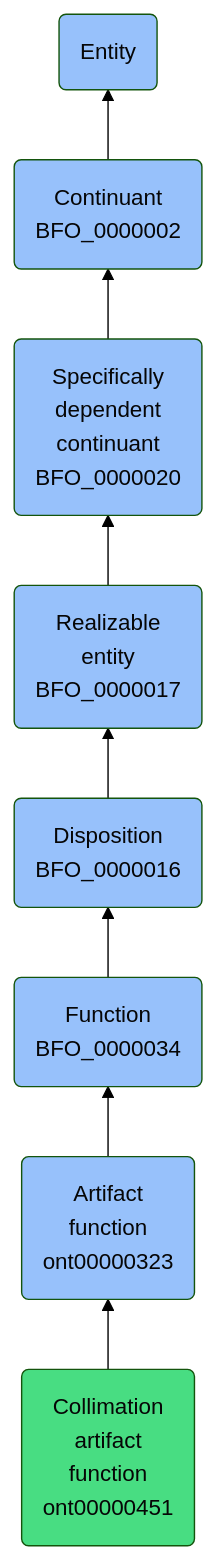
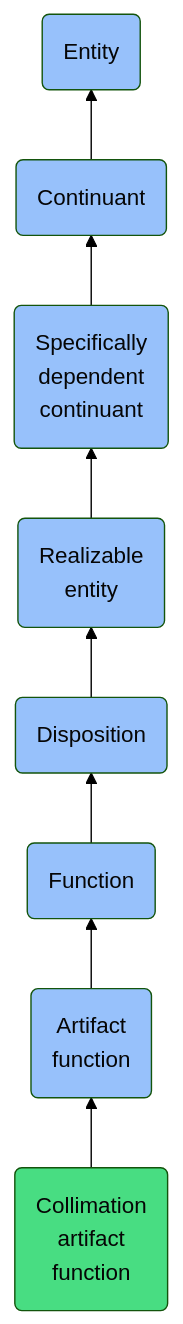
The diagram in docs/ontology/reference/model/Entity/Continuant/Specifically dependent continuant/Realizable entity/Disposition/Function/Artifact function/Collimation artifact function/Collimation artifact function.md (jupyter-naas/abi), drawn with Mermaid (forest theme) before and after one commit. The commit also changed other lines of this file and 1430 other files, not shown here.

````diff
--- a/docs/ontology/reference/model/Entity/Continuant/Specifically dependent continuant/Realizable entity/Disposition/Function/Artifact function/Collimation artifact function/Collimation artifact function.md
+++ b/docs/ontology/reference/model/Entity/Continuant/Specifically dependent continuant/Realizable entity/Disposition/Function/Artifact function/Collimation artifact function/Collimation artifact function.md
@@ -24,15 +24,15 @@
 ```mermaid
 graph BT
-    ont00000451(Collimation<br>artifact<br>function<br>ont00000451):::ABI-->ont00000323
-    ont00000323(Artifact<br>function<br>ont00000323):::BFO-->BFO_0000034
-    BFO_0000034(Function<br>BFO_0000034):::BFO-->BFO_0000016
-    BFO_0000016(Disposition<br>BFO_0000016):::BFO-->BFO_0000017
-    BFO_0000017(Realizable<br>entity<br>BFO_0000017):::BFO-->BFO_0000020
-    BFO_0000020(Specifically<br>dependent<br>continuant<br>BFO_0000020):::BFO-->BFO_0000002
-    BFO_0000002(Continuant<br>BFO_0000002):::BFO-->BFO_0000001
+    ont00000451(Collimation<br>artifact<br>function):::ABI-->ont00000323
+    ont00000323(Artifact<br>function):::BFO-->BFO_0000034
+    BFO_0000034(Function):::BFO-->BFO_0000016
+    BFO_0000016(Disposition):::BFO-->BFO_0000017
+    BFO_0000017(Realizable<br>entity):::BFO-->BFO_0000020
+    BFO_0000020(Specifically<br>dependent<br>continuant):::BFO-->BFO_0000002
+    BFO_0000002(Continuant):::BFO-->BFO_0000001
     BFO_0000001(Entity):::BFO
     
     classDef BFO fill:#97c1fb,color:#060606
     classDef CCO fill:#e4c51e,color:#060606
     classDef ABI fill:#48DD82,color:#060606
 ```
````
